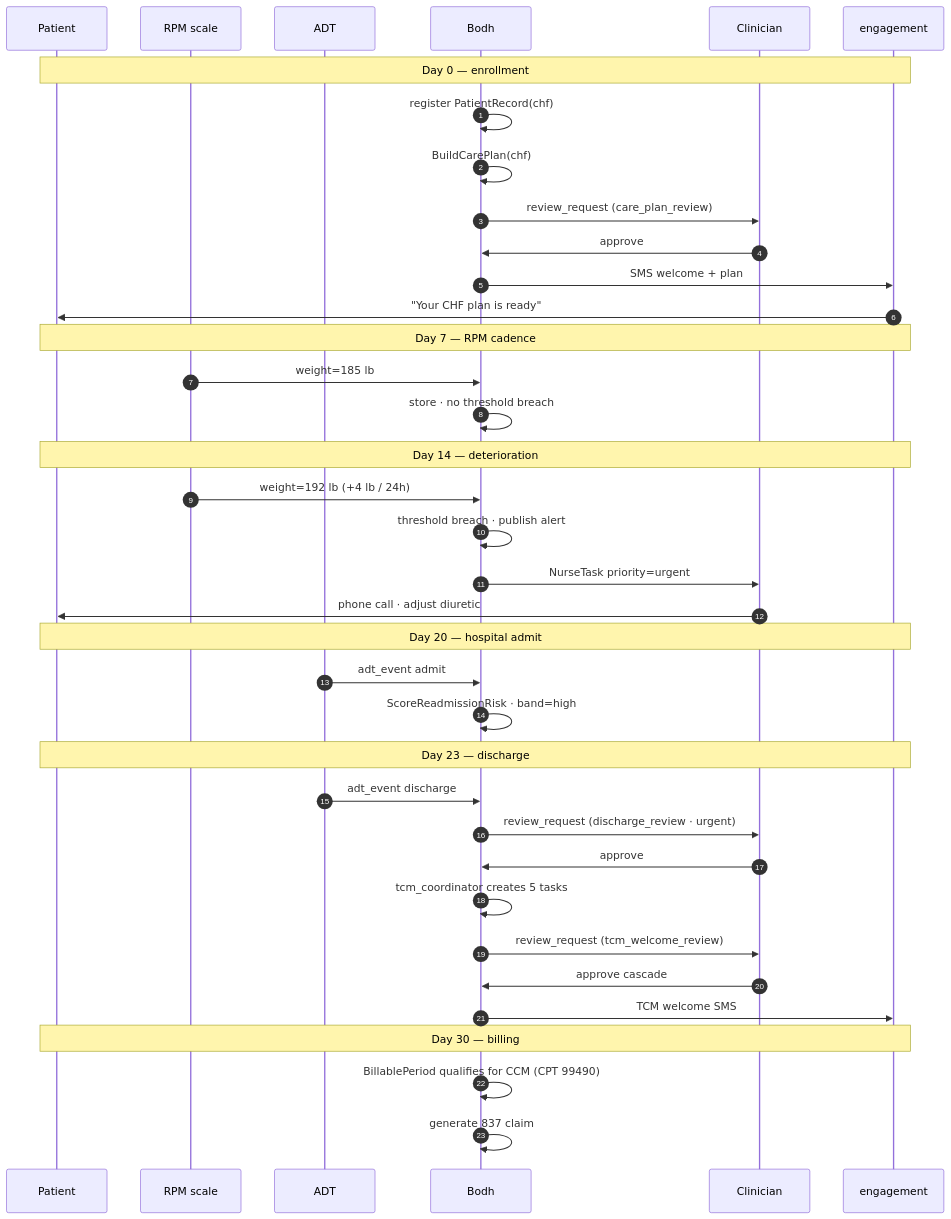
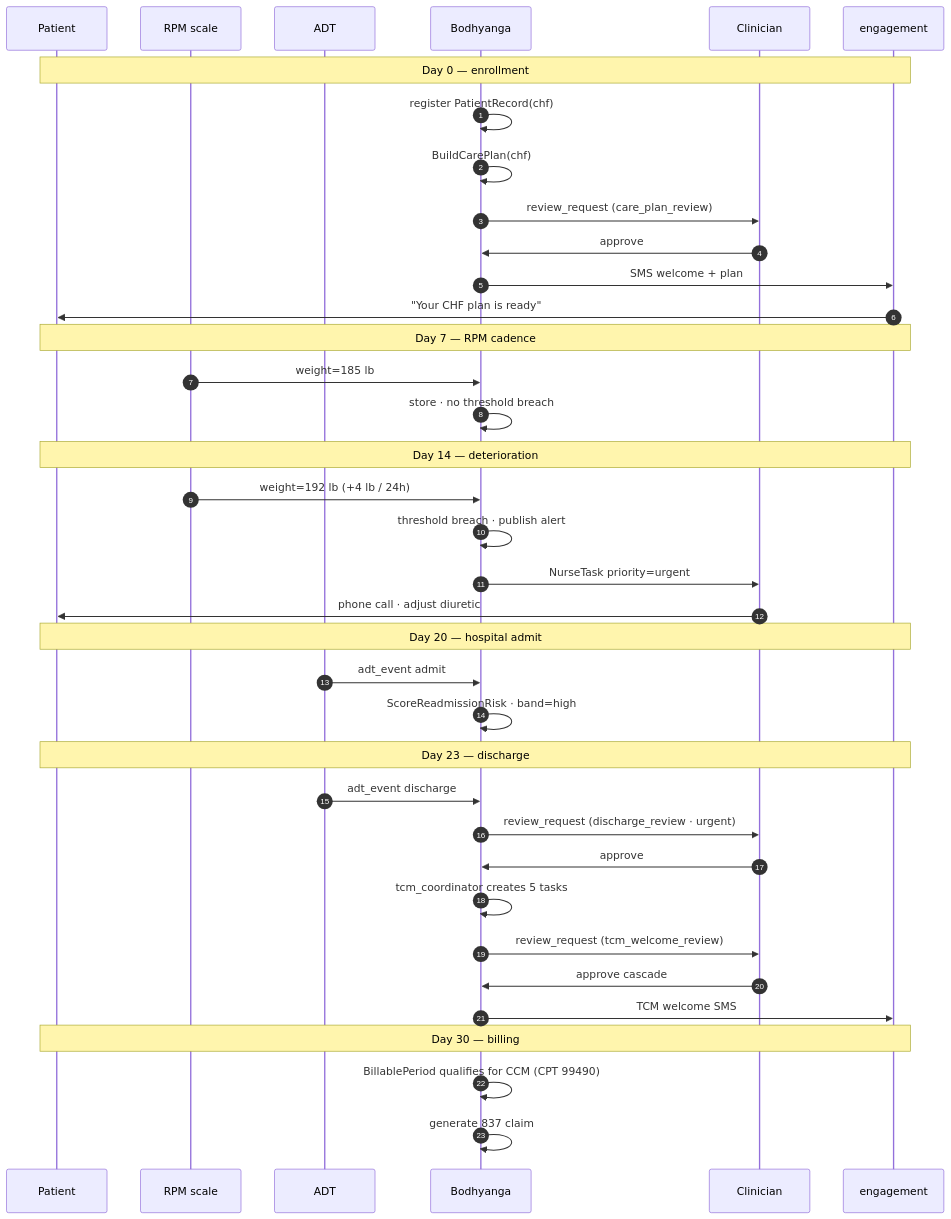
One commit to PratikDhanave/bodhyanga changed diagram 20 of 33 in docs/diagrams.md. Above: the diagram before and after it, drawn with Mermaid. The commit also changed other lines of this file and 672 other files, not shown here.

First line of the commit message:
chore: rename project bodh -> bodhyanga everywhere

````diff
--- a/docs/diagrams.md
+++ b/docs/diagrams.md
@@ -573,45 +573,45 @@
 ```mermaid
 sequenceDiagram
     autonumber
     participant Pt as Patient
     participant Dev as RPM scale
     participant ADT
-    participant Bodh
+    participant Bodhyanga
     participant Clin as Clinician
     participant Eng as engagement
 
     Note over Pt,Eng: Day 0 — enrollment
-    Bodh->>Bodh: register PatientRecord(chf)
-    Bodh->>Bodh: BuildCarePlan(chf)
-    Bodh->>Clin: review_request (care_plan_review)
-    Clin->>Bodh: approve
-    Bodh->>Eng: SMS welcome + plan
+    Bodhyanga->>Bodhyanga: register PatientRecord(chf)
+    Bodhyanga->>Bodhyanga: BuildCarePlan(chf)
+    Bodhyanga->>Clin: review_request (care_plan_review)
+    Clin->>Bodhyanga: approve
+    Bodhyanga->>Eng: SMS welcome + plan
     Eng->>Pt: "Your CHF plan is ready"
 
     Note over Pt,Eng: Day 7 — RPM cadence
-    Dev->>Bodh: weight=185 lb
-    Bodh->>Bodh: store · no threshold breach
+    Dev->>Bodhyanga: weight=185 lb
+    Bodhyanga->>Bodhyanga: store · no threshold breach
 
     Note over Pt,Eng: Day 14 — deterioration
-    Dev->>Bodh: weight=192 lb (+4 lb / 24h)
-    Bodh->>Bodh: threshold breach · publish alert
-    Bodh->>Clin: NurseTask priority=urgent
+    Dev->>Bodhyanga: weight=192 lb (+4 lb / 24h)
+    Bodhyanga->>Bodhyanga: threshold breach · publish alert
+    Bodhyanga->>Clin: NurseTask priority=urgent
     Clin->>Pt: phone call · adjust diuretic
 
     Note over Pt,Eng: Day 20 — hospital admit
-    ADT->>Bodh: adt_event admit
-    Bodh->>Bodh: ScoreReadmissionRisk · band=high
+    ADT->>Bodhyanga: adt_event admit
+    Bodhyanga->>Bodhyanga: ScoreReadmissionRisk · band=high
 
     Note over Pt,Eng: Day 23 — discharge
-    ADT->>Bodh: adt_event discharge
-    Bodh->>Clin: review_request (discharge_review · urgent)
-    Clin->>Bodh: approve
-    Bodh->>Bodh: tcm_coordinator creates 5 tasks
-    Bodh->>Clin: review_request (tcm_welcome_review)
-    Clin->>Bodh: approve cascade
-    Bodh->>Eng: TCM welcome SMS
+    ADT->>Bodhyanga: adt_event discharge
+    Bodhyanga->>Clin: review_request (discharge_review · urgent)
+    Clin->>Bodhyanga: approve
+    Bodhyanga->>Bodhyanga: tcm_coordinator creates 5 tasks
+    Bodhyanga->>Clin: review_request (tcm_welcome_review)
+    Clin->>Bodhyanga: approve cascade
+    Bodhyanga->>Eng: TCM welcome SMS
 
     Note over Pt,Eng: Day 30 — billing
-    Bodh->>Bodh: BillablePeriod qualifies for CCM (CPT 99490)
-    Bodh->>Bodh: generate 837 claim
+    Bodhyanga->>Bodhyanga: BillablePeriod qualifies for CCM (CPT 99490)
+    Bodhyanga->>Bodhyanga: generate 837 claim
 ```
````
